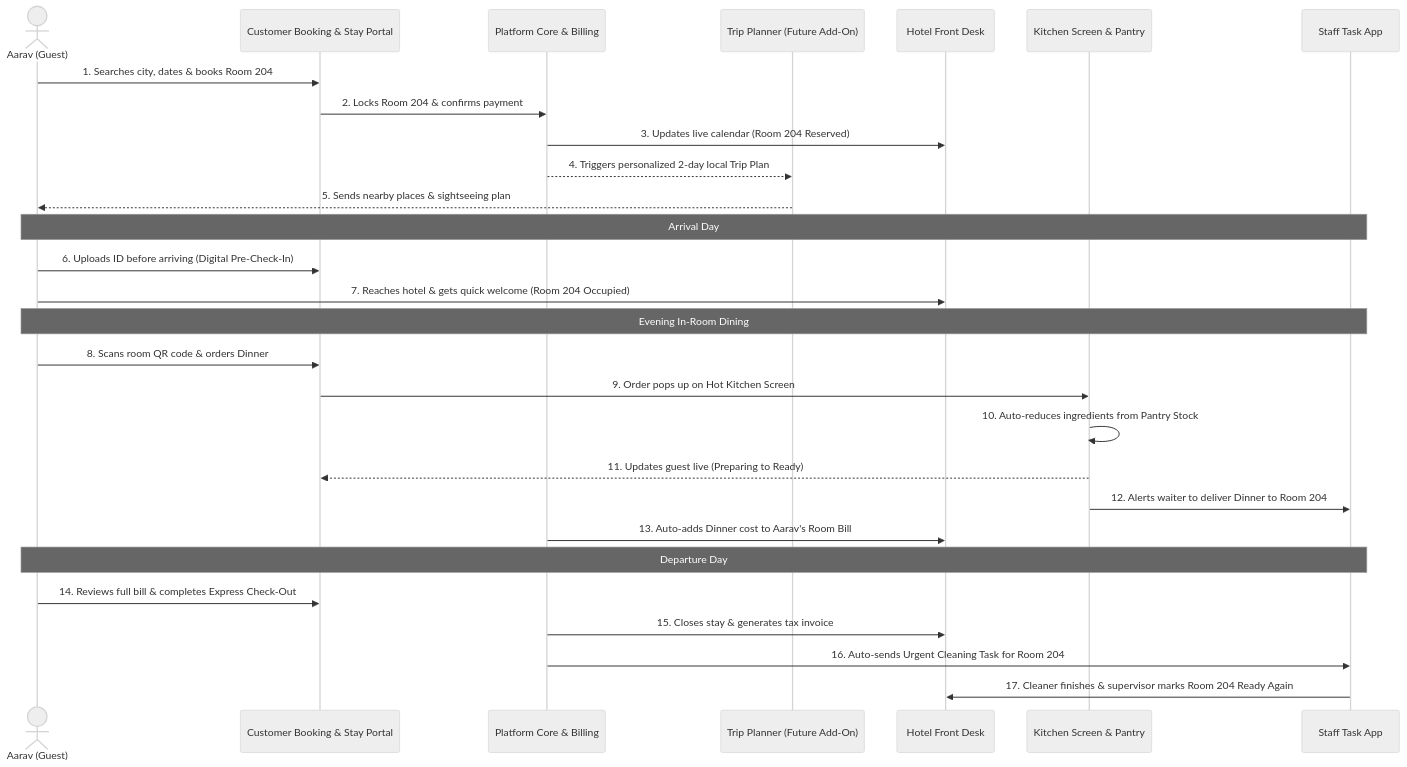
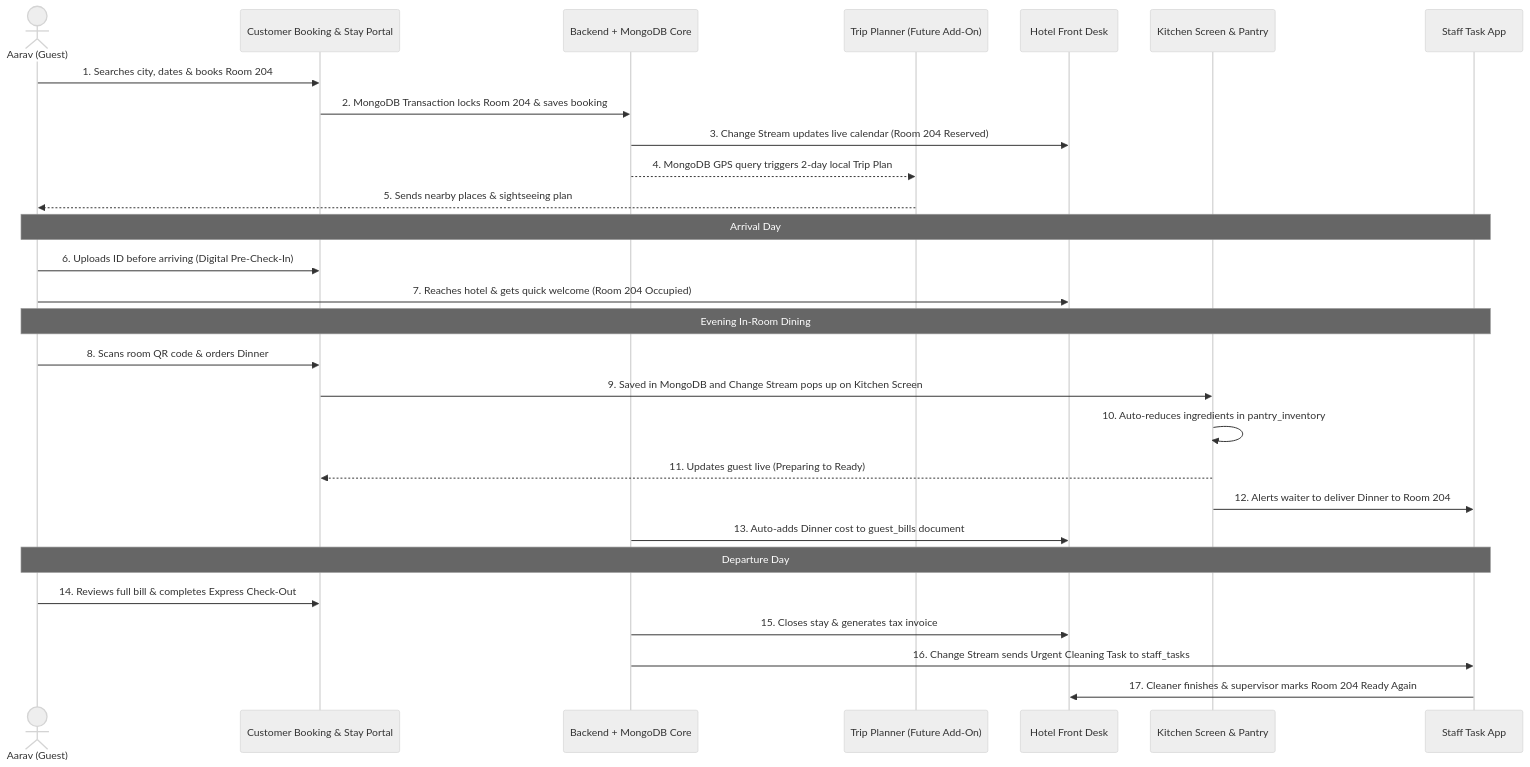
The diagram in docs/04-end-to-end-flows-and-roadmap.md (s4meer-dev/xd), drawn with Mermaid (neutral theme) before and after one commit. The commit also changed other lines of this file and 5 other files, not shown here.

Commit message:
docs: make MongoDB compulsory and add database architecture diagrams

````diff
--- a/docs/04-end-to-end-flows-and-roadmap.md
+++ b/docs/04-end-to-end-flows-and-roadmap.md
@@ -11,34 +11,34 @@
 ```mermaid
 sequenceDiagram
     actor Guest as Aarav (Guest)
     participant CustApp as Customer Booking & Stay Portal
-    participant Core as Platform Core & Billing
+    participant Core as Backend + MongoDB Core
     participant Trip as Trip Planner (Future Add-On)
     participant Desk as Hotel Front Desk
     participant Kitchen as Kitchen Screen & Pantry
     participant Staff as Staff Task App
 
     Guest->>CustApp: 1. Searches city, dates & books Room 204
-    CustApp->>Core: 2. Locks Room 204 & confirms payment
-    Core->>Desk: 3. Updates live calendar (Room 204 Reserved)
-    Core-->>Trip: 4. Triggers personalized 2-day local Trip Plan
+    CustApp->>Core: 2. MongoDB Transaction locks Room 204 & saves booking
+    Core->>Desk: 3. Change Stream updates live calendar (Room 204 Reserved)
+    Core-->>Trip: 4. MongoDB GPS query triggers 2-day local Trip Plan
     Trip-->>Guest: 5. Sends nearby places & sightseeing plan
 
     Note over Guest,Staff: Arrival Day
     Guest->>CustApp: 6. Uploads ID before arriving (Digital Pre-Check-In)
     Guest->>Desk: 7. Reaches hotel & gets quick welcome (Room 204 Occupied)
 
     Note over Guest,Staff: Evening In-Room Dining
     Guest->>CustApp: 8. Scans room QR code & orders Dinner
-    CustApp->>Kitchen: 9. Order pops up on Hot Kitchen Screen
-    Kitchen->>Kitchen: 10. Auto-reduces ingredients from Pantry Stock
+    CustApp->>Kitchen: 9. Saved in MongoDB and Change Stream pops up on Kitchen Screen
+    Kitchen->>Kitchen: 10. Auto-reduces ingredients in pantry_inventory
     Kitchen-->>CustApp: 11. Updates guest live (Preparing to Ready)
     Kitchen->>Staff: 12. Alerts waiter to deliver Dinner to Room 204
-    Core->>Desk: 13. Auto-adds Dinner cost to Aarav's Room Bill
+    Core->>Desk: 13. Auto-adds Dinner cost to guest_bills document
 
     Note over Guest,Staff: Departure Day
     Guest->>CustApp: 14. Reviews full bill & completes Express Check-Out
     Core->>Desk: 15. Closes stay & generates tax invoice
-    Core->>Staff: 16. Auto-sends Urgent Cleaning Task for Room 204
+    Core->>Staff: 16. Change Stream sends Urgent Cleaning Task to staff_tasks
     Staff->>Desk: 17. Cleaner finishes & supervisor marks Room 204 Ready Again
 ```
````
